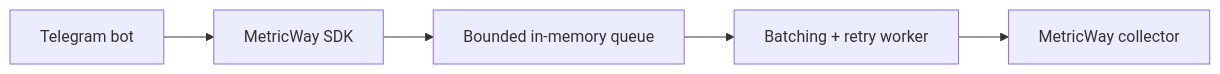
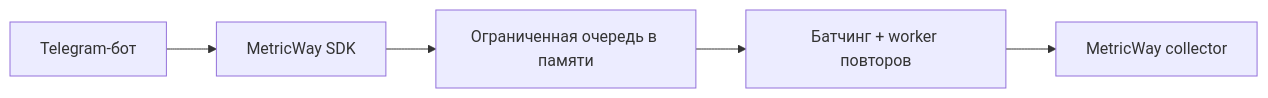
The diagram in README.md (urlifeceo/metricway-sdk), drawn with Mermaid before and after one commit. The commit also changed other lines of this file, not shown here.

Commit message:
docs: make SDK README fully Russian

````diff
--- a/README.md
+++ b/README.md
@@ -69,7 +69,7 @@
 ```mermaid
 flowchart LR
-    Bot[Telegram bot] --> SDK[MetricWay SDK]
-    SDK --> Queue[Bounded in-memory queue]
-    Queue --> Batch[Batching + retry worker]
+    Bot[Telegram-бот] --> SDK[MetricWay SDK]
+    SDK --> Queue[Ограниченная очередь в памяти]
+    Queue --> Batch[Батчинг + worker повторов]
     Batch --> Collector[MetricWay collector]
 ```
````
